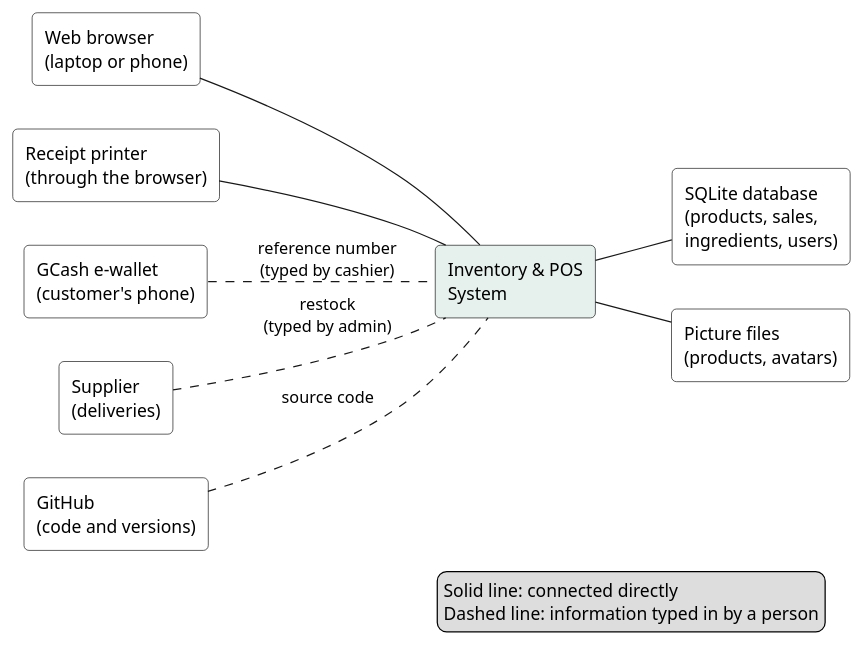
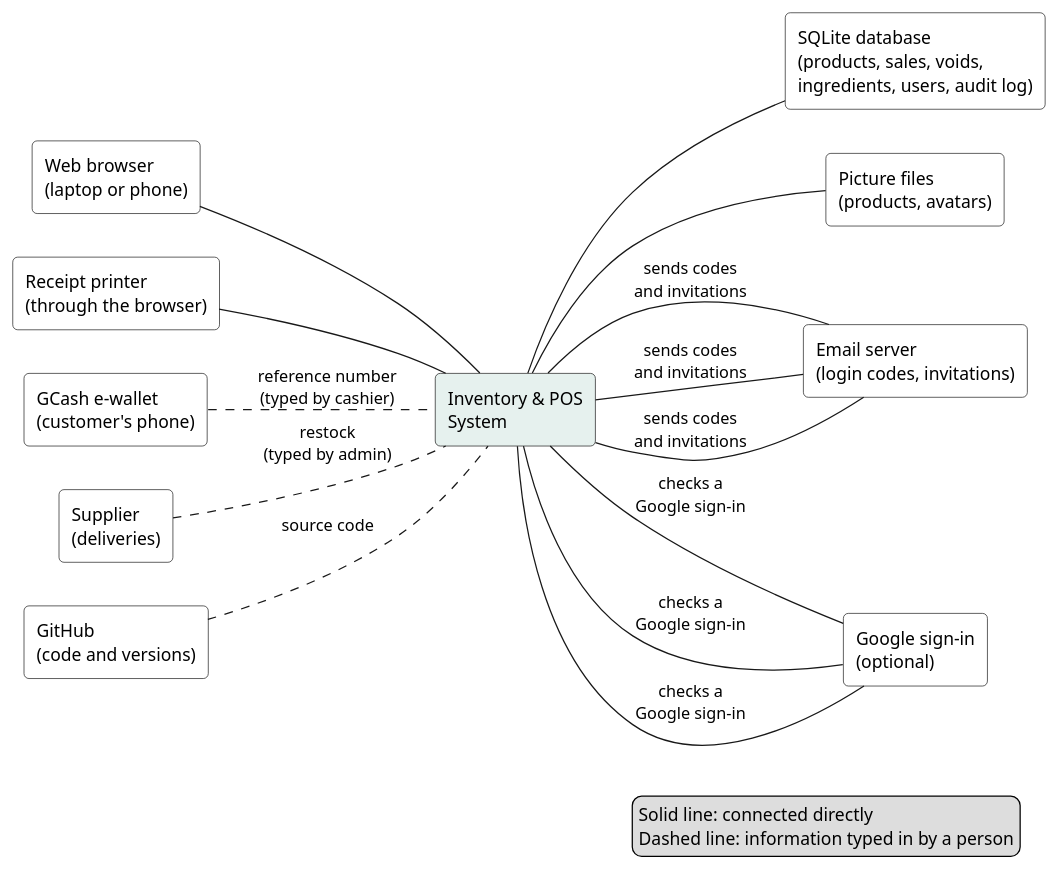
One commit to JmlAsync/inventory-pos-system changed the diagram in diagrams/context_diagram.puml. Above: the diagram before and after it, drawn with PlantUML. The commit also changed 82 other files, not shown here.

```diff
--- a/diagrams/context_diagram.puml
+++ b/diagrams/context_diagram.puml
@@ -1,34 +1,46 @@
 @startuml
-' Context model - Inventory & POS System (v0.19.4: Bootstrap, icons and font now inside the system), Lecture 5 p. 10 style
+' Context model - Inventory & POS System v0.32.0 (email server and Google added), Lecture 5 p. 10 style
 ' The system in the middle; the other systems and devices it works with around it.
 ' Paste into draw.io (Arrange > Insert > Advanced > PlantUML) or planttext.com to edit.
 skinparam defaultFontName Arial
 skinparam shadowing false
 skinparam rectangle {
   BackgroundColor White
   BorderColor Black
   RoundCorner 8
 }
 left to right direction
 
 rectangle "Web browser\n(laptop or phone)" as Browser
 rectangle "Receipt printer\n(through the browser)" as Printer
 rectangle "GCash e-wallet\n(customer's phone)" as GCash
 rectangle "Inventory & POS\nSystem" as POS #E6F1EE
-rectangle "SQLite database\n(products, sales,\ningredients, users)" as DB
+rectangle "SQLite database\n(products, sales, voids,\ningredients, users, audit log)" as DB
 rectangle "Picture files\n(products, avatars)" as Files
 rectangle "Supplier\n(deliveries)" as Supplier
 rectangle "GitHub\n(code and versions)" as GitHub
+rectangle "Email server\n(login codes, invitations)" as Mail
+rectangle "Google sign-in\n(optional)" as Google
+rectangle "Email server\n(login codes, invitations)" as Mail
+rectangle "Google sign-in\n(optional)" as Google
+rectangle "Email server\n(login codes, invitations)" as Mail
+rectangle "Google sign-in\n(optional)" as Google
 
 Browser -- POS
 Printer -- POS
 GCash .. POS : reference number\n(typed by cashier)
 POS -- DB
 POS -- Files
 Supplier .. POS : restock\n(typed by admin)
 GitHub .. POS : source code
+POS -- Mail : sends codes\nand invitations
+POS -- Google : checks a\nGoogle sign-in
+POS -- Mail : sends codes\nand invitations
+POS -- Google : checks a\nGoogle sign-in
+POS -- Mail : sends codes\nand invitations
+POS -- Google : checks a\nGoogle sign-in
 legend right
   Solid line: connected directly
   Dashed line: information typed in by a person
 endlegend
 @enduml
```
